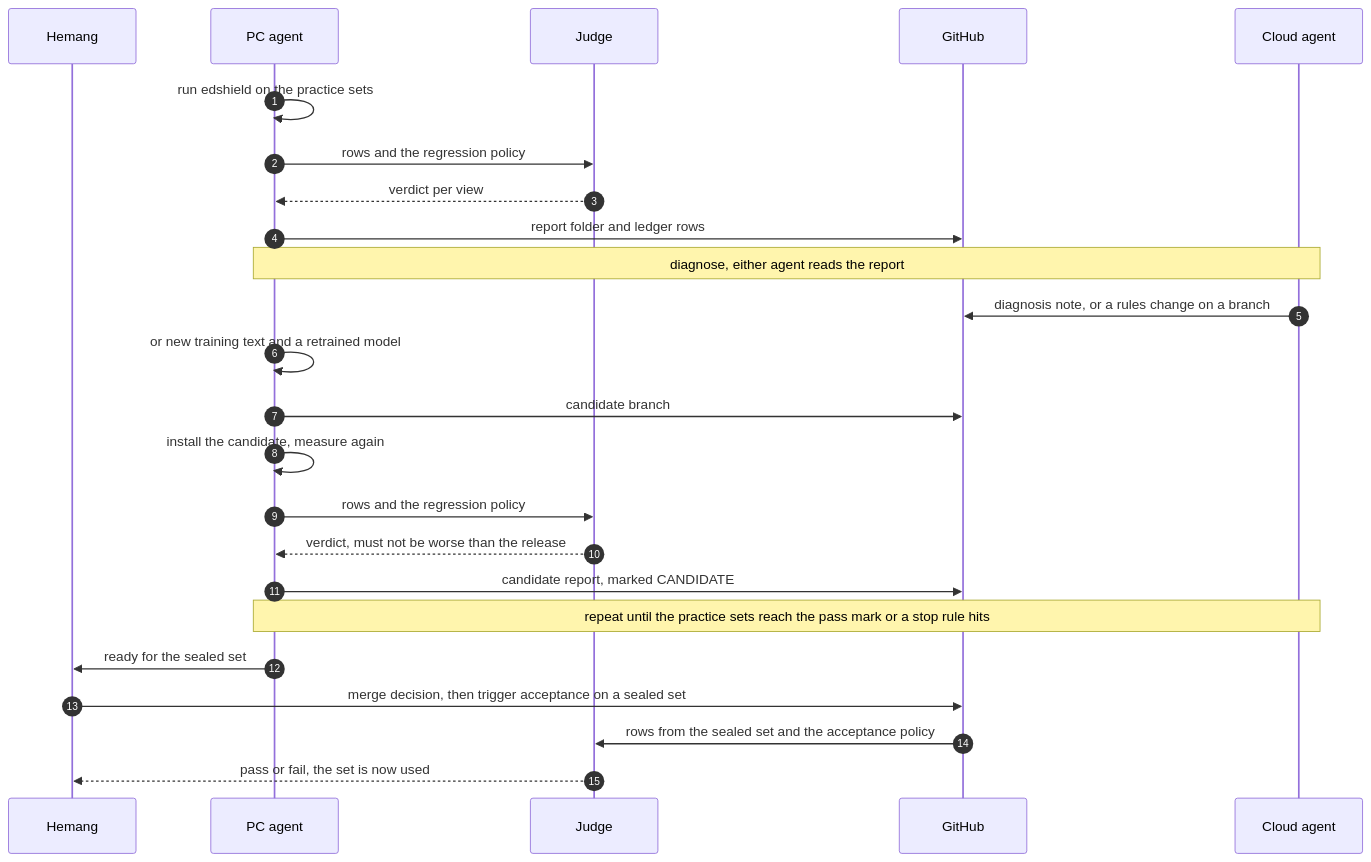
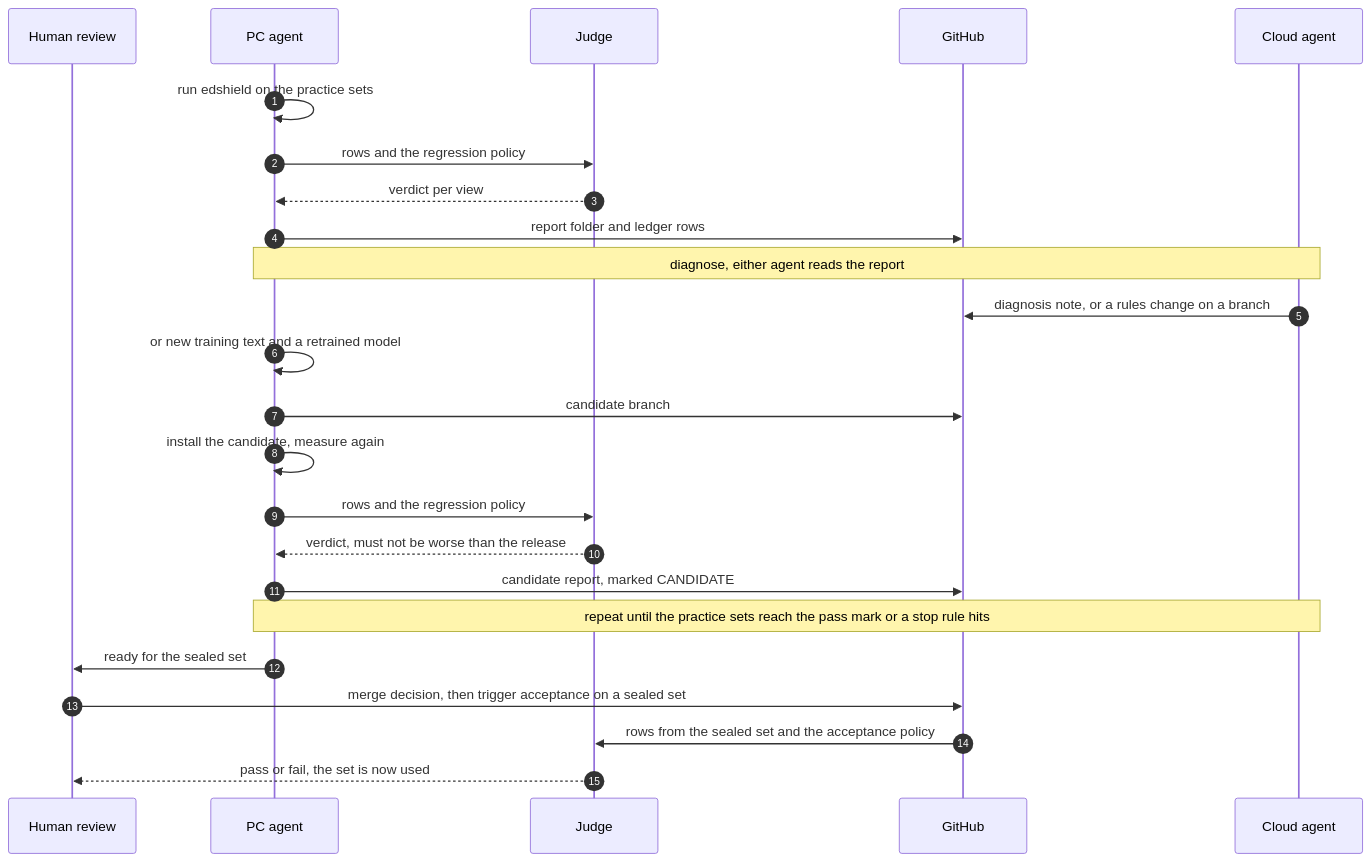
Before and after one commit to hemangnagar/edshield-evidence: the second of 3 diagrams in docs/ARCHITECTURE.md, drawn with Mermaid. The commit also changed other lines of this file and 4 other files, not shown here.

````diff
--- a/docs/ARCHITECTURE.md
+++ b/docs/ARCHITECTURE.md
@@ -65,27 +65,27 @@
 ```mermaid
 sequenceDiagram
     autonumber
-    participant H as Hemang
+    participant H as Human review
     participant PC as PC agent
     participant J as Judge
     participant GH as GitHub
     participant CL as Cloud agent
 
     PC->>PC: run edshield on the practice sets
     PC->>J: rows and the regression policy
     J-->>PC: verdict per view
     PC->>GH: report folder and ledger rows
     Note over PC,CL: diagnose, either agent reads the report
     CL->>GH: diagnosis note, or a rules change on a branch
     PC->>PC: or new training text and a retrained model
     PC->>GH: candidate branch
     PC->>PC: install the candidate, measure again
     PC->>J: rows and the regression policy
     J-->>PC: verdict, must not be worse than the release
     PC->>GH: candidate report, marked CANDIDATE
     Note over PC,CL: repeat until the practice sets reach the pass mark or a stop rule hits
     PC->>H: ready for the sealed set
     H->>GH: merge decision, then trigger acceptance on a sealed set
     GH->>J: rows from the sealed set and the acceptance policy
     J-->>H: pass or fail, the set is now used
 ```
````
